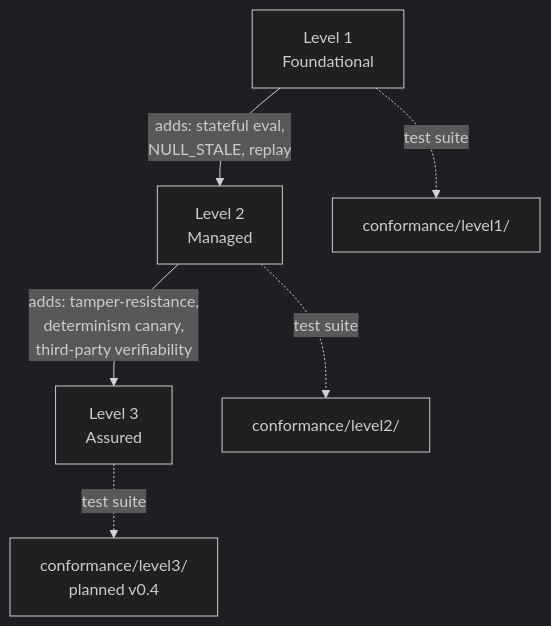
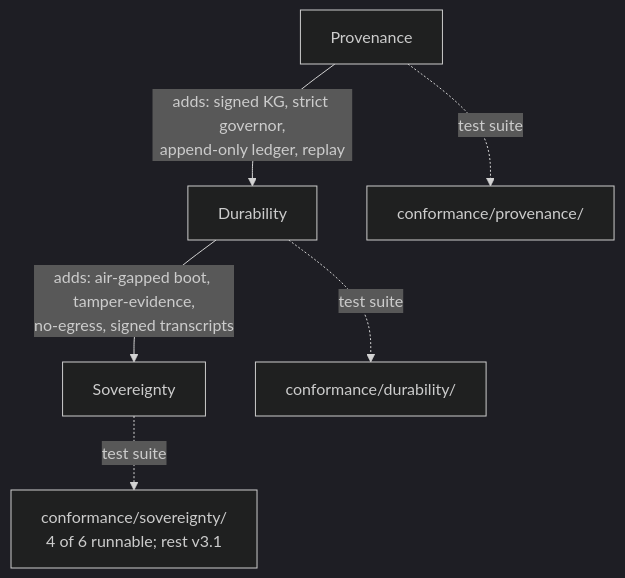
One commit to kpifinity/ski-framework changed the fourth of 4 diagrams in docs/architecture.md. Above: the diagram before and after it, drawn with Mermaid (dark theme). The commit also changed other lines of this file and 4 other files, not shown here.

First line of the commit message:
docs: rewrite v2-era pages to the v3 architecture

````diff
--- a/docs/architecture.md
+++ b/docs/architecture.md
@@ -230,13 +226,13 @@
 ```mermaid
 graph TD
-    L1[Level 1<br/>Foundational]
-    L2[Level 2<br/>Managed]
-    L3[Level 3<br/>Assured]
+    L1[Provenance]
+    L2[Durability]
+    L3[Sovereignty]
 
-    L1 -->|adds: stateful eval,<br/>NULL_STALE, replay| L2
-    L2 -->|adds: tamper-resistance,<br/>determinism canary,<br/>third-party verifiability| L3
+    L1 -->|adds: signed KG, strict governor,<br/>append-only ledger, replay| L2
+    L2 -->|adds: air-gapped boot, tamper-evidence,<br/>no-egress, signed transcripts| L3
 
-    L1 -.->|test suite| L1T[conformance/level1/]
-    L2 -.->|test suite| L2T[conformance/level2/]
-    L3 -.->|test suite| L3T[conformance/level3/ <br/>planned v0.4]
+    L1 -.->|test suite| L1T[conformance/provenance/]
+    L2 -.->|test suite| L2T[conformance/durability/]
+    L3 -.->|test suite| L3T[conformance/sovereignty/<br/>4 of 6 runnable; rest v3.1]
 ```
````
